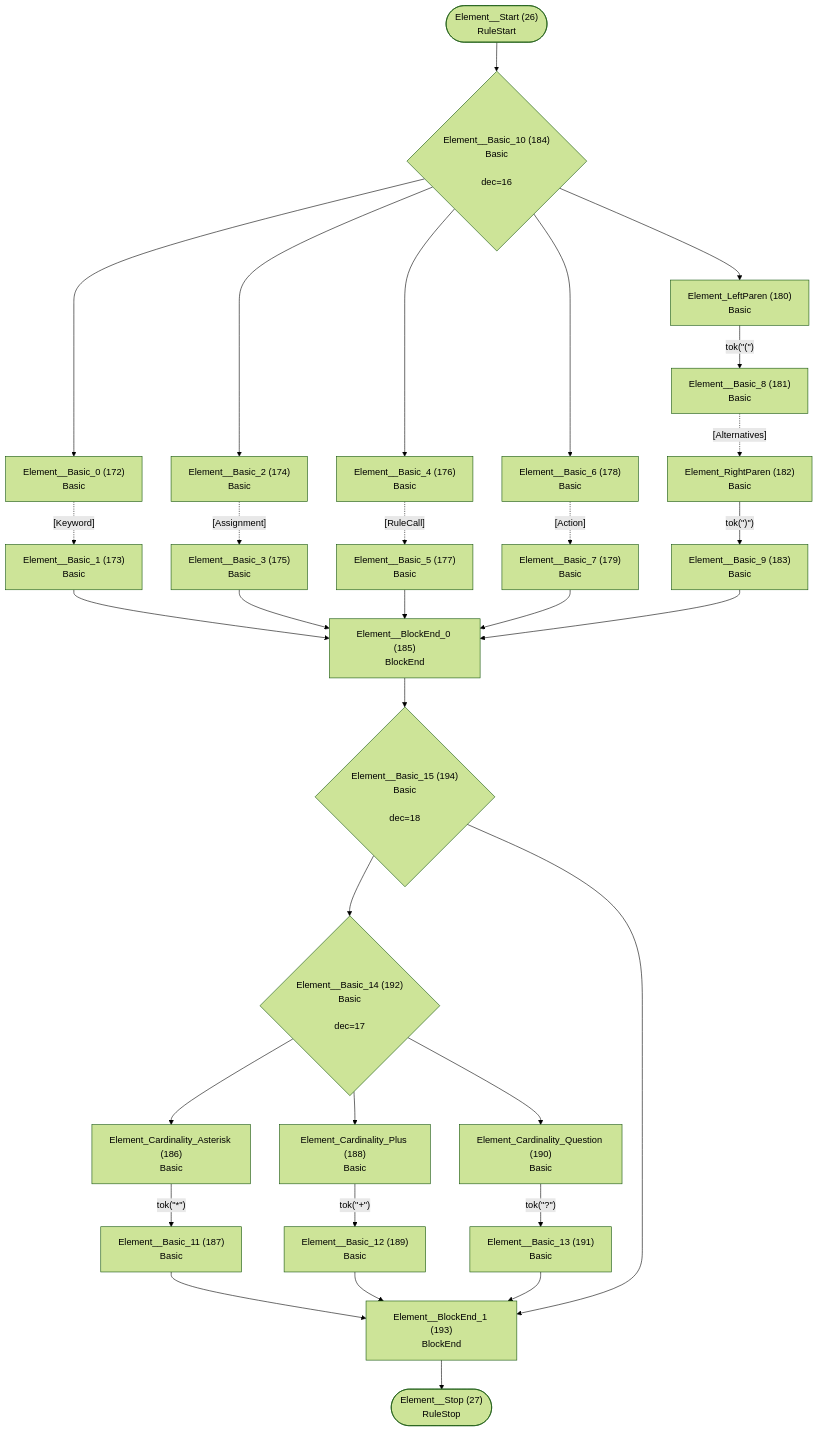
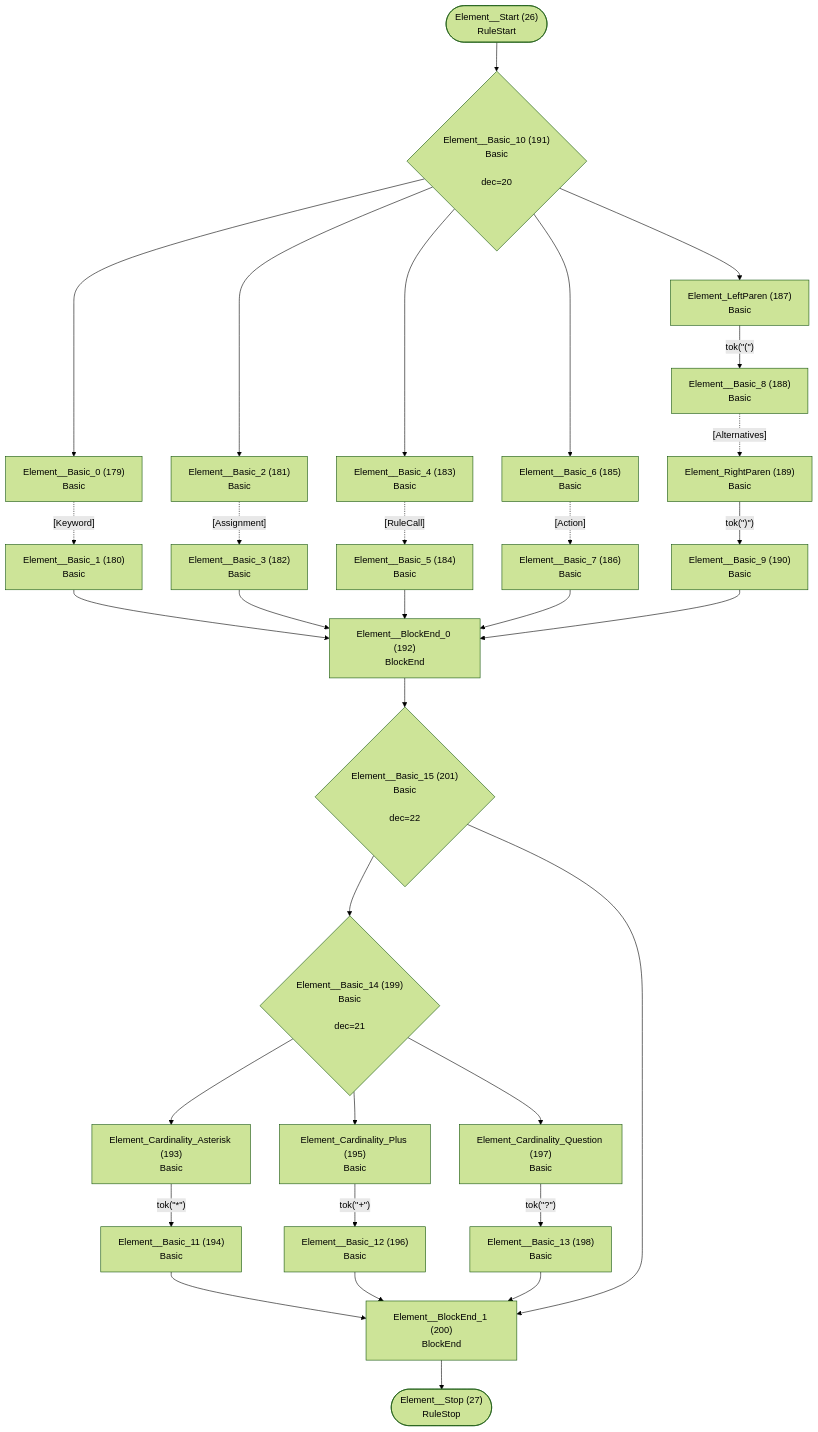
Before and after one commit to TypeFox/fastbelt: diagram 14 of 26 in internal/grammar/atn.md, drawn with Mermaid (forest theme). The commit also changed other lines of this file and 25 other files, not shown here.

````diff
--- a/internal/grammar/atn.md
+++ b/internal/grammar/atn.md
@@ -398,60 +416,60 @@
 ```mermaid
 flowchart TD
     q26(["Element__Start (26)<br/>RuleStart"])
     q27(["Element__Stop (27)<br/>RuleStop"])
-    q172["Element__Basic_0 (172)<br/>Basic<br/>"]
-    q173["Element__Basic_1 (173)<br/>Basic<br/>"]
-    q174["Element__Basic_2 (174)<br/>Basic<br/>"]
-    q175["Element__Basic_3 (175)<br/>Basic<br/>"]
-    q176["Element__Basic_4 (176)<br/>Basic<br/>"]
-    q177["Element__Basic_5 (177)<br/>Basic<br/>"]
-    q178["Element__Basic_6 (178)<br/>Basic<br/>"]
-    q179["Element__Basic_7 (179)<br/>Basic<br/>"]
-    q180["Element_LeftParen (180)<br/>Basic<br/>"]
-    q181["Element__Basic_8 (181)<br/>Basic<br/>"]
-    q182["Element_RightParen (182)<br/>Basic<br/>"]
-    q183["Element__Basic_9 (183)<br/>Basic<br/>"]
-    q184{"Element__Basic_10 (184)<br/>Basic<br/><br/>dec=16"}
-    q185["Element__BlockEnd_0 (185)<br/>BlockEnd<br/>"]
-    q186["Element_Cardinality_Asterisk (186)<br/>Basic<br/>"]
-    q187["Element__Basic_11 (187)<br/>Basic<br/>"]
-    q188["Element_Cardinality_Plus (188)<br/>Basic<br/>"]
-    q189["Element__Basic_12 (189)<br/>Basic<br/>"]
-    q190["Element_Cardinality_Question (190)<br/>Basic<br/>"]
-    q191["Element__Basic_13 (191)<br/>Basic<br/>"]
-    q192{"Element__Basic_14 (192)<br/>Basic<br/><br/>dec=17"}
-    q193["Element__BlockEnd_1 (193)<br/>BlockEnd<br/>"]
-    q194{"Element__Basic_15 (194)<br/>Basic<br/><br/>dec=18"}
+    q179["Element__Basic_0 (179)<br/>Basic<br/>"]
+    q180["Element__Basic_1 (180)<br/>Basic<br/>"]
+    q181["Element__Basic_2 (181)<br/>Basic<br/>"]
+    q182["Element__Basic_3 (182)<br/>Basic<br/>"]
+    q183["Element__Basic_4 (183)<br/>Basic<br/>"]
+    q184["Element__Basic_5 (184)<br/>Basic<br/>"]
+    q185["Element__Basic_6 (185)<br/>Basic<br/>"]
+    q186["Element__Basic_7 (186)<br/>Basic<br/>"]
+    q187["Element_LeftParen (187)<br/>Basic<br/>"]
+    q188["Element__Basic_8 (188)<br/>Basic<br/>"]
+    q189["Element_RightParen (189)<br/>Basic<br/>"]
+    q190["Element__Basic_9 (190)<br/>Basic<br/>"]
+    q191{"Element__Basic_10 (191)<br/>Basic<br/><br/>dec=20"}
+    q192["Element__BlockEnd_0 (192)<br/>BlockEnd<br/>"]
+    q193["Element_Cardinality_Asterisk (193)<br/>Basic<br/>"]
+    q194["Element__Basic_11 (194)<br/>Basic<br/>"]
+    q195["Element_Cardinality_Plus (195)<br/>Basic<br/>"]
+    q196["Element__Basic_12 (196)<br/>Basic<br/>"]
+    q197["Element_Cardinality_Question (197)<br/>Basic<br/>"]
+    q198["Element__Basic_13 (198)<br/>Basic<br/>"]
+    q199{"Element__Basic_14 (199)<br/>Basic<br/><br/>dec=21"}
+    q200["Element__BlockEnd_1 (200)<br/>BlockEnd<br/>"]
+    q201{"Element__Basic_15 (201)<br/>Basic<br/><br/>dec=22"}
 
-    q26 --> q184
-    q172 -.->|"[Keyword]"| q173
-    q173 --> q185
-    q174 -.->|"[Assignment]"| q175
-    q175 --> q185
-    q176 -.->|"[RuleCall]"| q177
-    q177 --> q185
-    q178 -.->|"[Action]"| q179
-    q179 --> q185
-    q180 -->|"tok(&quot;(&quot;)"| q181
-    q181 -.->|"[Alternatives]"| q182
-    q182 -->|"tok(&quot;)&quot;)"| q183
-    q183 --> q185
-    q184 --> q172
-    q184 --> q174
-    q184 --> q176
-    q184 --> q178
-    q184 --> q180
-    q185 --> q194
-    q186 -->|"tok(&quot;*&quot;)"| q187
-    q187 --> q193
-    q188 -->|"tok(&quot;+&quot;)"| q189
-    q189 --> q193
-    q190 -->|"tok(&quot;?&quot;)"| q191
-    q191 --> q193
-    q192 --> q186
-    q192 --> q188
-    q192 --> q190
-    q193 --> q27
-    q194 --> q192
-    q194 --> q193
+    q26 --> q191
+    q179 -.->|"[Keyword]"| q180
+    q180 --> q192
+    q181 -.->|"[Assignment]"| q182
+    q182 --> q192
+    q183 -.->|"[RuleCall]"| q184
+    q184 --> q192
+    q185 -.->|"[Action]"| q186
+    q186 --> q192
+    q187 -->|"tok(&quot;(&quot;)"| q188
+    q188 -.->|"[Alternatives]"| q189
+    q189 -->|"tok(&quot;)&quot;)"| q190
+    q190 --> q192
+    q191 --> q179
+    q191 --> q181
+    q191 --> q183
+    q191 --> q185
+    q191 --> q187
+    q192 --> q201
+    q193 -->|"tok(&quot;*&quot;)"| q194
+    q194 --> q200
+    q195 -->|"tok(&quot;+&quot;)"| q196
+    q196 --> q200
+    q197 -->|"tok(&quot;?&quot;)"| q198
+    q198 --> q200
+    q199 --> q193
+    q199 --> q195
+    q199 --> q197
+    q200 --> q27
+    q201 --> q199
+    q201 --> q200
 ```
````
